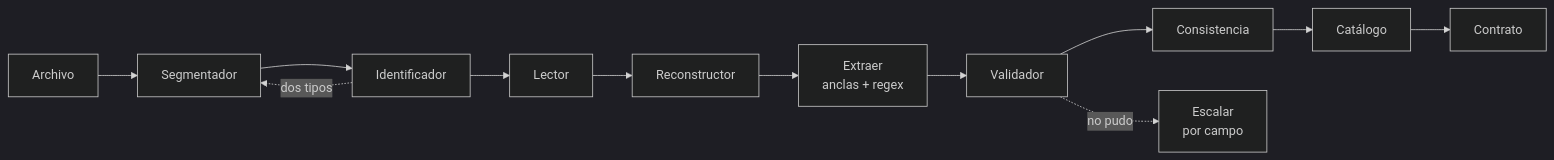
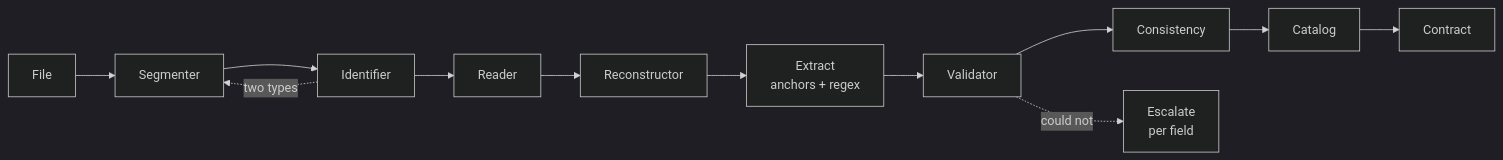
Diagram 13 of 15 in README.md (mariogarcia-ar/docflow), drawn with Mermaid (dark theme) before and after one commit. The commit also changed other lines of this file, not shown here.

````diff
--- a/README.md
+++ b/README.md
@@ -478,8 +478,8 @@
 ```mermaid
 graph LR
-    A["Archivo"] --> B["Segmentador"] --> C["Identificador"] --> D["Lector"]
-    D --> E["Reconstructor"] --> F["Extraer<br/>anclas + regex"] --> G["Validador"]
-    G --> H["Consistencia"] --> I["Catálogo"] --> J["Contrato"]
-    C -.->|"dos tipos"| B
-    G -.->|"no pudo"| K["Escalar<br/>por campo"]
+    A["File"] --> B["Segmenter"] --> C["Identifier"] --> D["Reader"]
+    D --> E["Reconstructor"] --> F["Extract<br/>anchors + regex"] --> G["Validator"]
+    G --> H["Consistency"] --> I["Catalog"] --> J["Contract"]
+    C -.->|"two types"| B
+    G -.->|"could not"| K["Escalate<br/>per field"]
 ```
````
